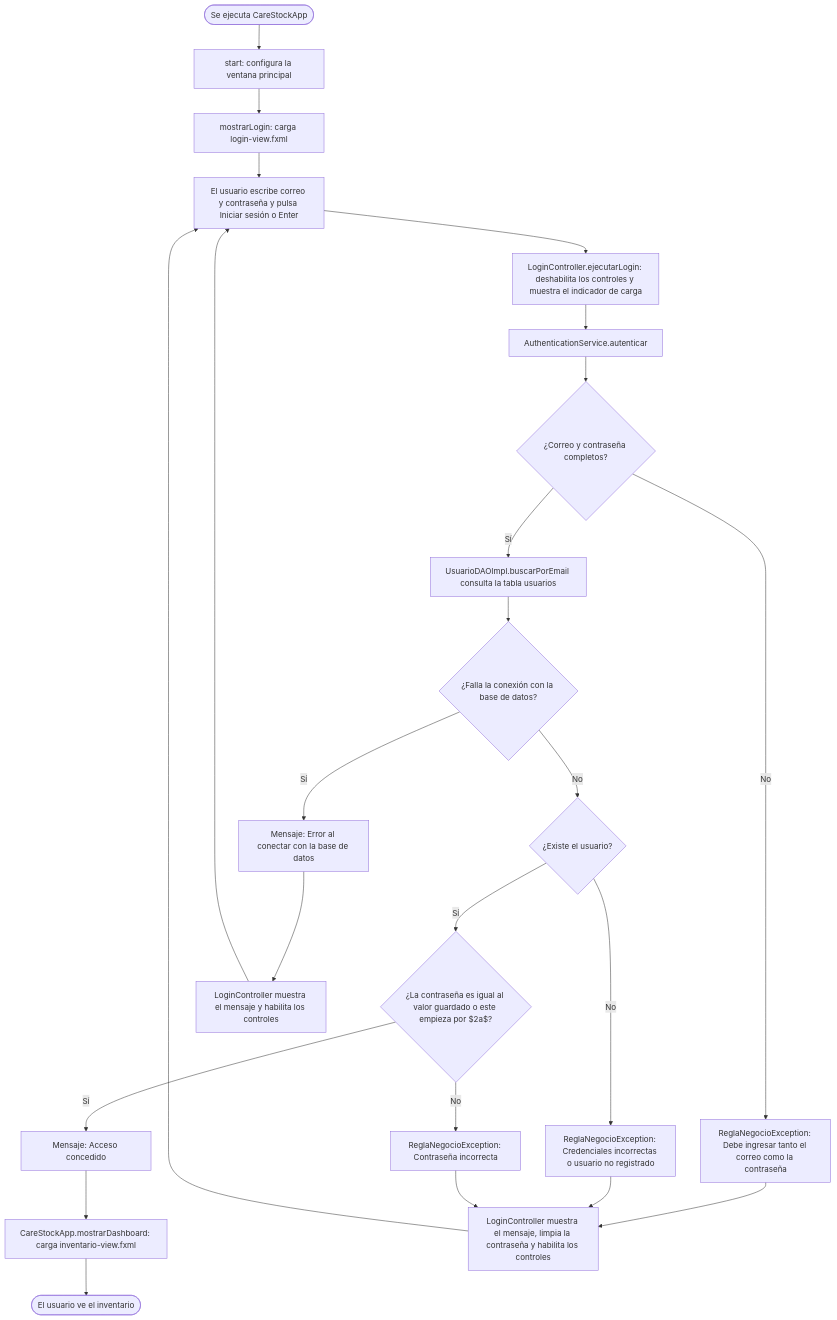
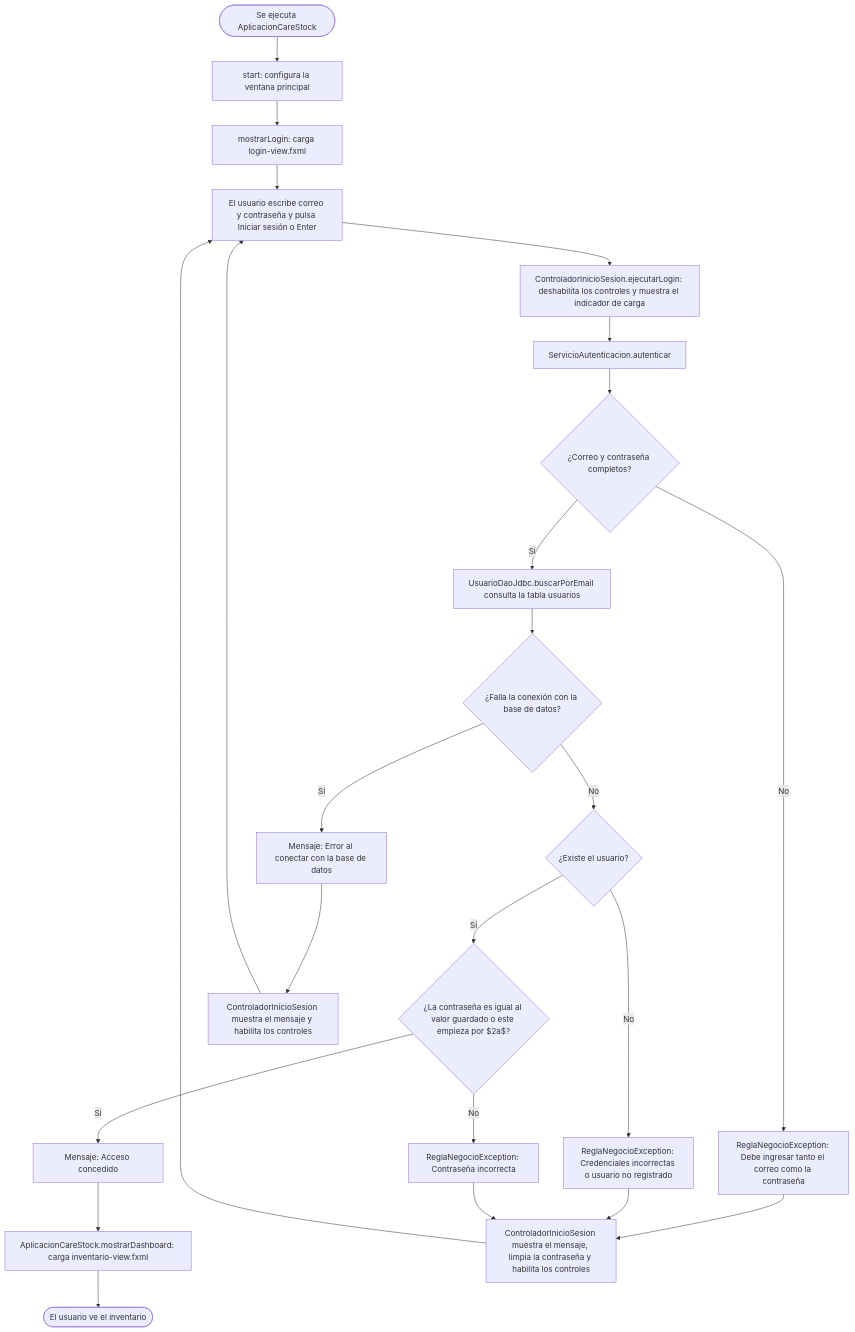
Before and after one commit to puj-course/FIS_2630_1204_G1: the diagram in docs/diagramas/HU-81/DIAGRAMA_ACTIVIDADES.md, drawn with Mermaid. The commit also changed other lines of this file and 121 other files, not shown here.

````diff
--- a/docs/diagramas/HU-81/DIAGRAMA_ACTIVIDADES.md
+++ b/docs/diagramas/HU-81/DIAGRAMA_ACTIVIDADES.md
@@ -23,26 +23,26 @@
 ```mermaid
 flowchart TD
-    A(["Se ejecuta CareStockApp"]) --> B["start: configura la ventana principal"]
+    A(["Se ejecuta AplicacionCareStock"]) --> B["start: configura la ventana principal"]
     B --> C["mostrarLogin: carga login-view.fxml"]
     C --> D["El usuario escribe correo y contraseña y pulsa Iniciar sesión o Enter"]
-    D --> E["LoginController.ejecutarLogin: deshabilita los controles y muestra el indicador de carga"]
-    E --> F["AuthenticationService.autenticar"]
+    D --> E["ControladorInicioSesion.ejecutarLogin: deshabilita los controles y muestra el indicador de carga"]
+    E --> F["ServicioAutenticacion.autenticar"]
     F --> G{"¿Correo y contraseña completos?"}
     G -->|No| X1["ReglaNegocioException: Debe ingresar tanto el correo como la contraseña"]
-    G -->|Sí| H["UsuarioDAOImpl.buscarPorEmail consulta la tabla usuarios"]
+    G -->|Sí| H["UsuarioDaoJdbc.buscarPorEmail consulta la tabla usuarios"]
     H --> I{"¿Falla la conexión con la base de datos?"}
     I -->|Sí| X4["Mensaje: Error al conectar con la base de datos"]
     I -->|No| J{"¿Existe el usuario?"}
     J -->|No| X2["ReglaNegocioException: Credenciales incorrectas o usuario no registrado"]
     J -->|Sí| K{"¿La contraseña es igual al valor guardado o este empieza por $2a$?"}
     K -->|No| X3["ReglaNegocioException: Contraseña incorrecta"]
     K -->|Sí| L["Mensaje: Acceso concedido"]
-    L --> M["CareStockApp.mostrarDashboard: carga inventario-view.fxml"]
+    L --> M["AplicacionCareStock.mostrarDashboard: carga inventario-view.fxml"]
     M --> N(["El usuario ve el inventario"])
-    X1 --> Z["LoginController muestra el mensaje, limpia la contraseña y habilita los controles"]
+    X1 --> Z["ControladorInicioSesion muestra el mensaje, limpia la contraseña y habilita los controles"]
     X2 --> Z
     X3 --> Z
-    X4 --> Y["LoginController muestra el mensaje y habilita los controles"]
+    X4 --> Y["ControladorInicioSesion muestra el mensaje y habilita los controles"]
     Z --> D
     Y --> D
 ```
````
